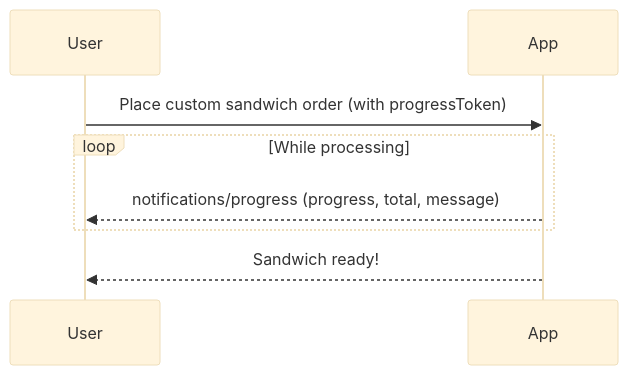
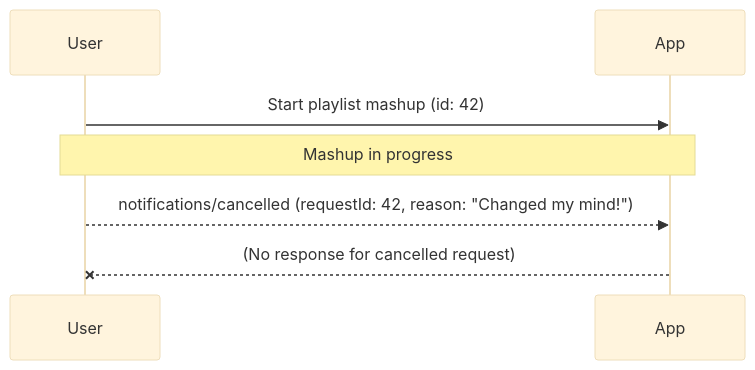
Before and after one commit to rubenpenap/advanced-mcp-features: the diagram in playground/README.mdx, drawn with Mermaid (base theme). The commit also changed other lines of this file and 4 other files, not shown here.

````diff
--- a/playground/README.mdx
+++ b/playground/README.mdx
@@ -46,8 +55,7 @@
 ```mermaid
 sequenceDiagram
-  User->>App: Place custom sandwich order (with progressToken)
-  loop While processing
-    App-->>User: notifications/progress (progress, total, message)
-  end
-  App-->>User: Sandwich ready!
+  User->>App: Start playlist mashup (id: 42)
+  Note over User,App: Mashup in progress
+  User-->>App: notifications/cancelled (requestId: 42, reason: "Changed my mind!")
+  App--xUser: (No response for cancelled request)
 ```
````
